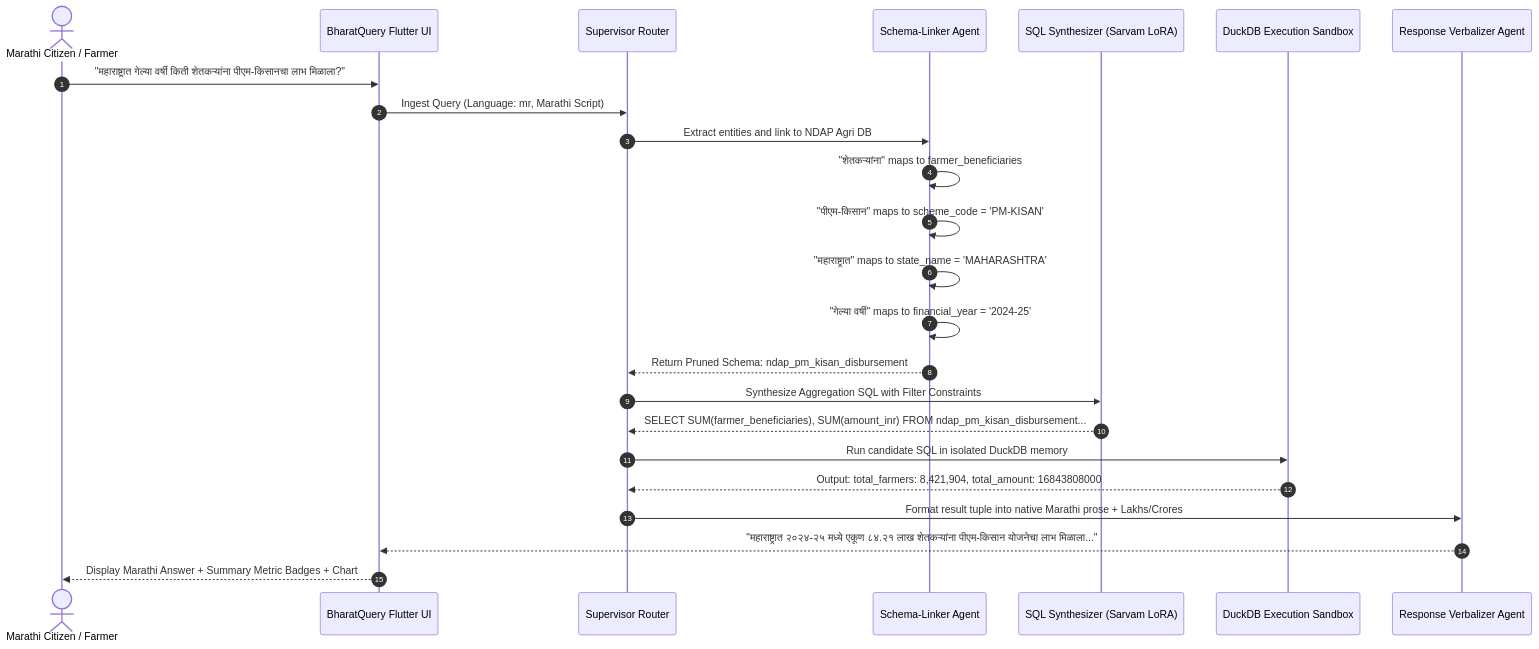
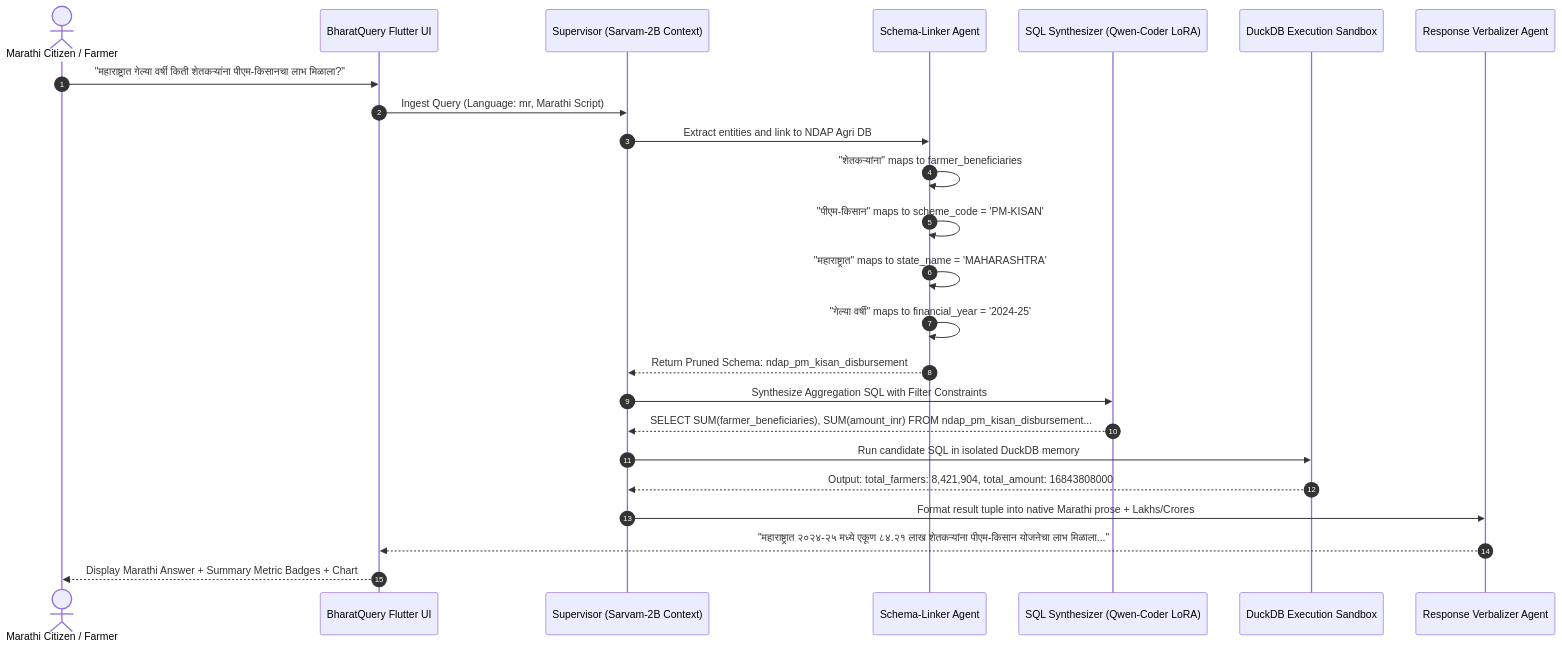
Before and after one commit to ojhaprathmesh/IndicSQL_Repo: the seventh of 12 diagrams in PLAN.md, drawn with Mermaid. The commit also changed other lines of this file, not shown here.

````diff
--- a/PLAN.md
+++ b/PLAN.md
@@ -335,30 +339,30 @@
 ```mermaid
 sequenceDiagram
     autonumber
     actor User as Marathi Citizen / Farmer
     participant UI as BharatQuery Flutter UI
-    participant Sup as Supervisor Router
+    participant Sup as Supervisor (Sarvam-2B Context)
     participant Linker as Schema-Linker Agent
-    participant Synth as SQL Synthesizer (Sarvam LoRA)
+    participant Synth as SQL Synthesizer (Qwen-Coder LoRA)
     participant Sand as DuckDB Execution Sandbox
     participant Verb as Response Verbalizer Agent
 
     User->>UI: "महाराष्ट्रात गेल्या वर्षी किती शेतकऱ्यांना पीएम-किसानचा लाभ मिळाला?"
     UI->>Sup: Ingest Query (Language: mr, Marathi Script)
     Sup->>Linker: Extract entities and link to NDAP Agri DB
     Linker->>Linker: "शेतकऱ्यांना" maps to farmer_beneficiaries
     Linker->>Linker: "पीएम-किसान" maps to scheme_code = 'PM-KISAN'
     Linker->>Linker: "महाराष्ट्रात" maps to state_name = 'MAHARASHTRA'
     Linker->>Linker: "गेल्या वर्षी" maps to financial_year = '2024-25'
     Linker-->>Sup: Return Pruned Schema: ndap_pm_kisan_disbursement
     
     Sup->>Synth: Synthesize Aggregation SQL with Filter Constraints
     Synth-->>Sup: SELECT SUM(farmer_beneficiaries), SUM(amount_inr) FROM ndap_pm_kisan_disbursement...
     
     Sup->>Sand: Run candidate SQL in isolated DuckDB memory
     Sand-->>Sup: Output: total_farmers: 8,421,904, total_amount: 16843808000
     
     Sup->>Verb: Format result tuple into native Marathi prose + Lakhs/Crores
     Verb-->>UI: "महाराष्ट्रात २०२४-२५ मध्ये एकूण ८४.२१ लाख शेतकऱ्यांना पीएम-किसान योजनेचा लाभ मिळाला..."
     UI-->>User: Display Marathi Answer + Summary Metric Badges + Chart
 ```
````
